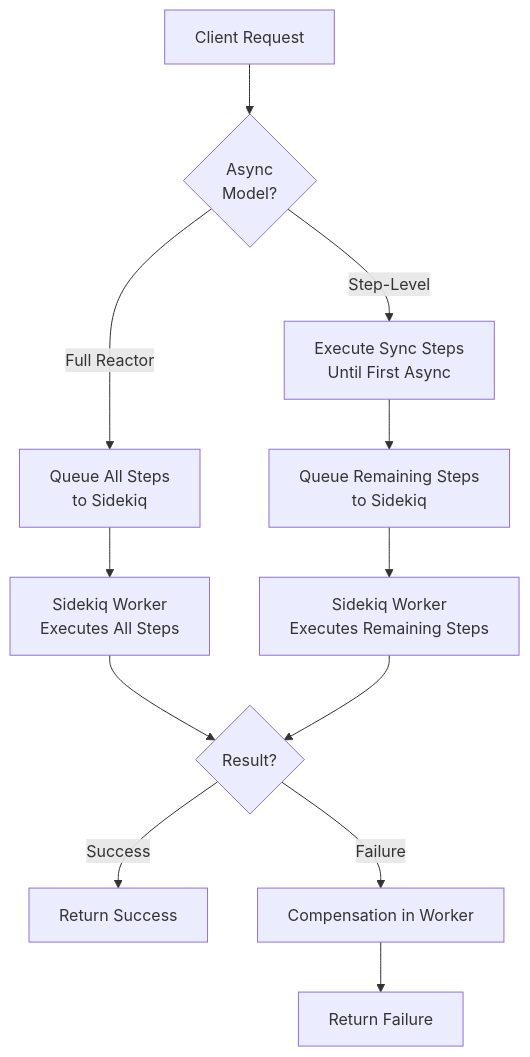
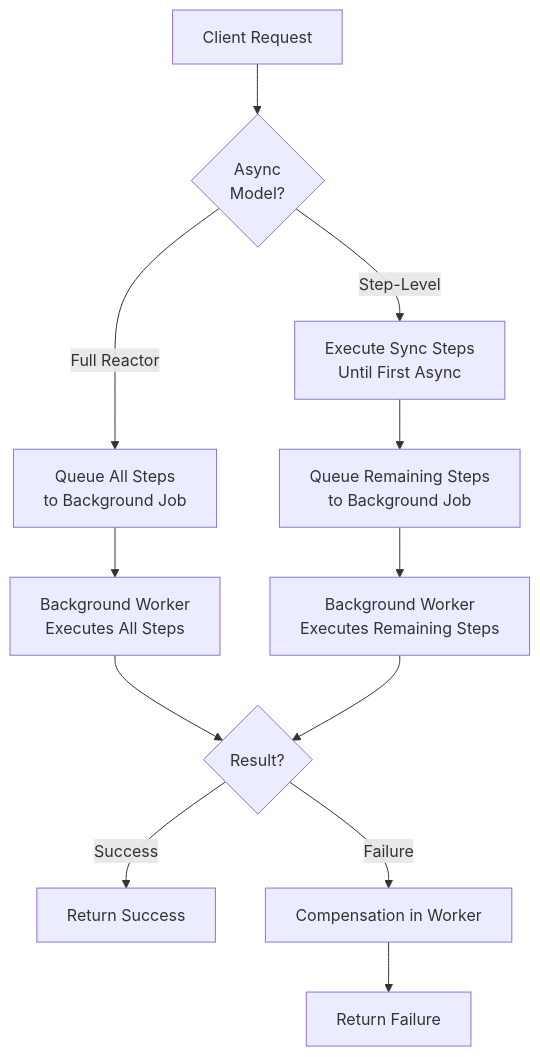
One commit to arturictus/ruby_reactor changed the second of 2 diagrams in documentation/README.md. Above: the diagram before and after it, drawn with Mermaid. The commit also changed other lines of this file and 65 other files, not shown here.

````diff
--- a/documentation/README.md
+++ b/documentation/README.md
@@ -112,14 +112,14 @@
 ```mermaid
 graph TD
     A[Client Request] --> B{Async<br/>Model?}
-    B -->|Full Reactor| C[Queue All Steps<br/>to Sidekiq]
+    B -->|Full Reactor| C[Queue All Steps<br/>to Background Job]
     B -->|Step-Level| D[Execute Sync Steps<br/>Until First Async]
-    C --> E[Sidekiq Worker<br/>Executes All Steps]
-    D --> F[Queue Remaining Steps<br/>to Sidekiq]
-    F --> G[Sidekiq Worker<br/>Executes Remaining Steps]
+    C --> E[Background Worker<br/>Executes All Steps]
+    D --> F[Queue Remaining Steps<br/>to Background Job]
+    F --> G[Background Worker<br/>Executes Remaining Steps]
     E --> H{Result?}
     G --> H
     H -->|Success| I[Return Success]
     H -->|Failure| J[Compensation in Worker]
     J --> K[Return Failure]
 ```
````
